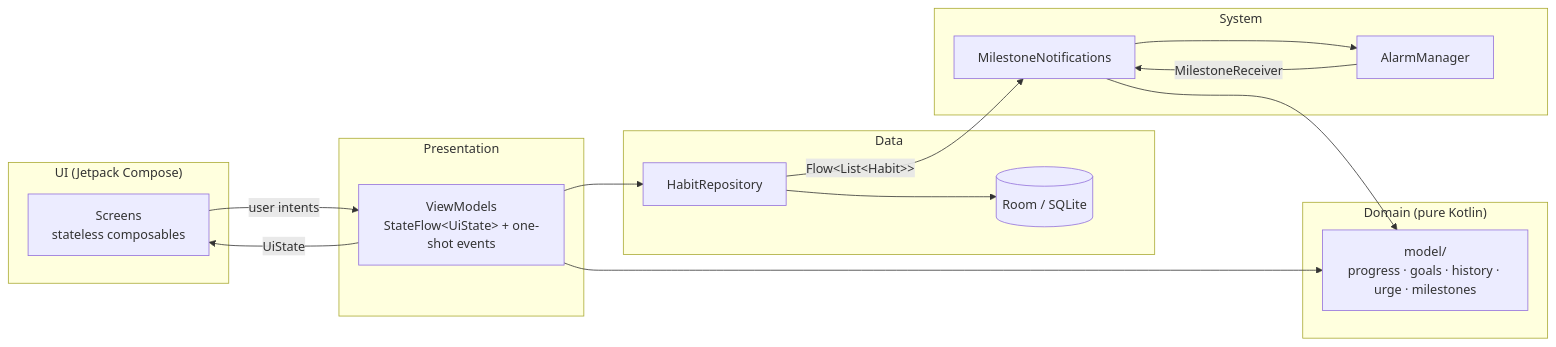
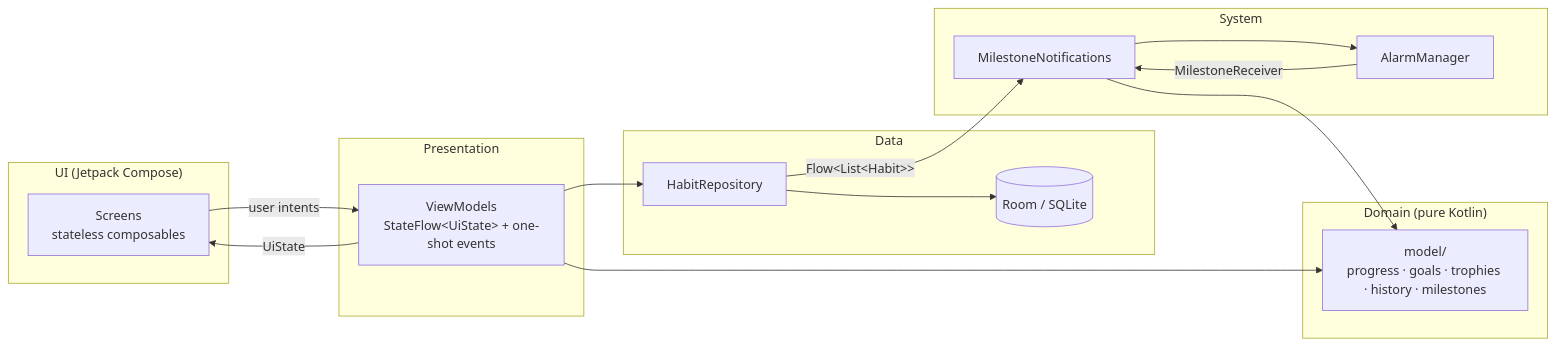
One commit to devArthur4718/holdout-android changed the diagram in README.md. Above: the diagram before and after it, drawn with Mermaid. The commit also changed other lines of this file and 38 other files, not shown here.

````diff
--- a/README.md
+++ b/README.md
@@ -50,30 +47,30 @@
 ```mermaid
 flowchart LR
     subgraph UI["UI (Jetpack Compose)"]
         Screens["Screens<br/>stateless composables"]
     end
     subgraph Presentation
         VM["ViewModels<br/>StateFlow&lt;UiState&gt; + one-shot events"]
     end
     subgraph Domain["Domain (pure Kotlin)"]
-        Model["model/<br/>progress · goals · history · urge · milestones"]
+        Model["model/<br/>progress · goals · trophies · history · milestones"]
     end
     subgraph Data
         Repo["HabitRepository"]
         Room[("Room / SQLite")]
     end
     subgraph System
         Notif["MilestoneNotifications"]
         Alarm["AlarmManager"]
     end
 
     Screens -- "user intents" --> VM
     VM -- "UiState" --> Screens
     VM --> Model
     VM --> Repo
     Repo --> Room
     Repo -- "Flow&lt;List&lt;Habit&gt;&gt;" --> Notif
     Notif --> Model
     Notif --> Alarm
     Alarm -- "MilestoneReceiver" --> Notif
 ```
````
